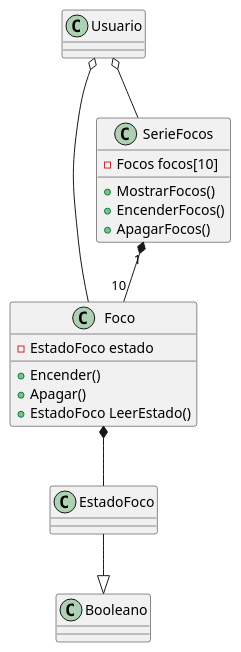
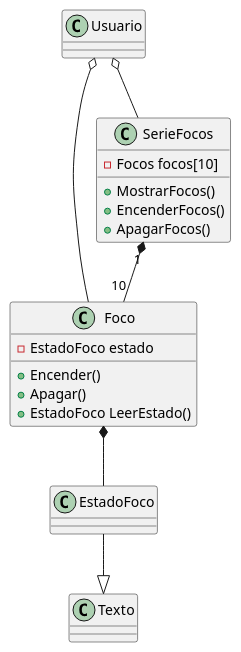
The diagram in docs/foco.puml (AlexisInfante73/3E261-SegundoParcial), drawn with PlantUML before and after one commit. The commit also changed 3 other files, not shown here.

```diff
--- a/docs/foco.puml
+++ b/docs/foco.puml
@@ -1,26 +1,26 @@
 @startuml foco
 
 class Usuario
 
 class Foco{
     - EstadoFoco estado
     + Encender()
     + Apagar()
     + EstadoFoco LeerEstado()
 }
 class EstadoFoco
 class SerieFocos{
     - Focos focos[10]
     + MostrarFocos()
     + EncenderFocos()
     + ApagarFocos()
 }
 
 
 Usuario o-- Foco
 Foco *-- EstadoFoco
-EstadoFoco --|> Booleano
+EstadoFoco --|> Texto
 SerieFocos "1" *-- "10" Foco
 Usuario o-- SerieFocos
 
 @enduml
```
